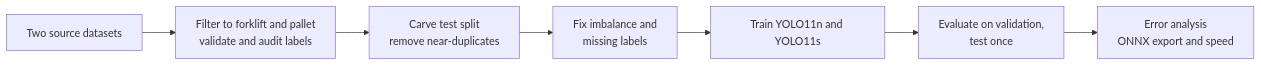
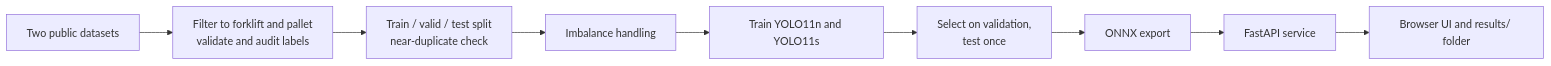
Before and after one commit to rananasser760/Forklift-Pallet-Detection: the diagram in README.md, drawn with Mermaid. The commit also changed other lines of this file, not shown here.

````diff
--- a/README.md
+++ b/README.md
@@ -42,9 +70,11 @@
 ```mermaid
 flowchart LR
-    A[Two source datasets] --> B[Filter to forklift and pallet<br/>validate and audit labels]
-    B --> C[Carve test split<br/>remove near-duplicates]
-    C --> D[Fix imbalance and<br/>missing labels]
+    A[Two public datasets] --> B[Filter to forklift and pallet<br/>validate and audit labels]
+    B --> C[Train / valid / test split<br/>near-duplicate check]
+    C --> D[Imbalance handling]
     D --> E[Train YOLO11n and YOLO11s]
-    E --> F[Evaluate on validation,<br/>test once]
-    F --> G[Error analysis<br/>ONNX export and speed]
+    E --> F[Select on validation,<br/>test once]
+    F --> G[ONNX export]
+    G --> H[FastAPI service]
+    H --> I[Browser UI and results/ folder]
 ```
````
